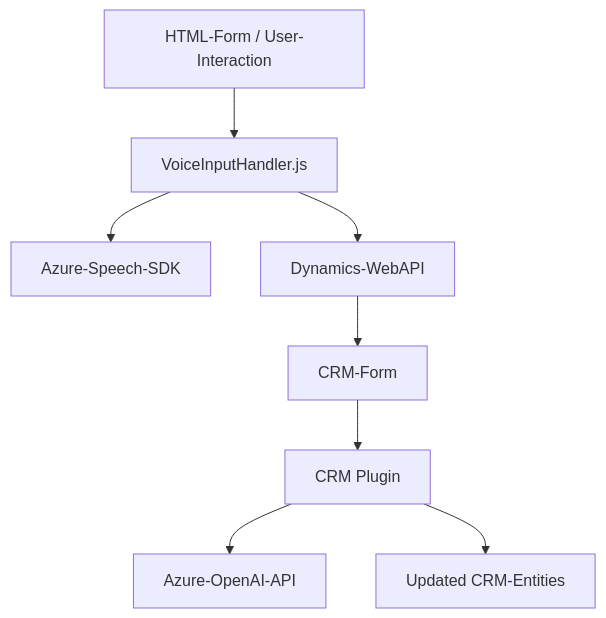
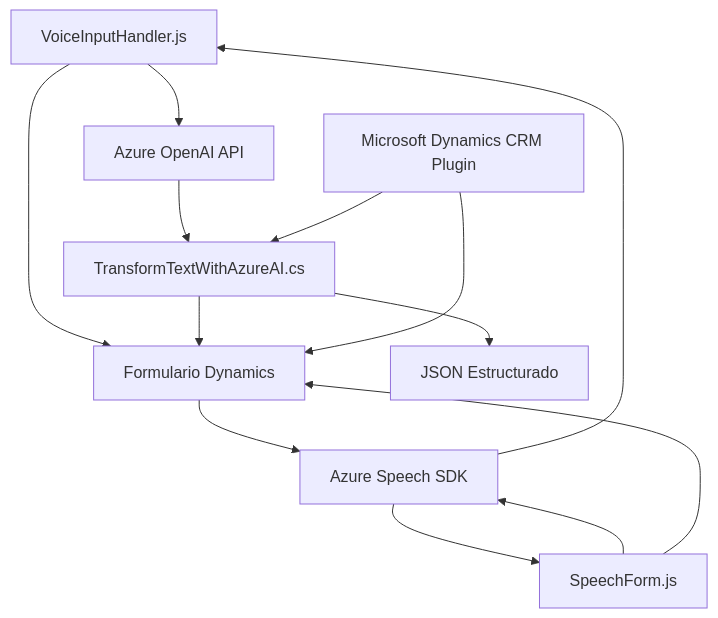
One commit to blopezdm/NETCORE_BILBAO2025 changed the diagram in README.md. Above: the diagram before and after it, drawn with Mermaid. The commit also changed other lines of this file, not shown here.

````diff
--- a/README.md
+++ b/README.md
@@ -63,11 +45,24 @@
 ```mermaid
 graph TD
-    A["HTML-Form / User-Interaction"] --> B["VoiceInputHandler.js"]
-    B["VoiceInputHandler.js"] --> C["Azure-Speech-SDK"]
-    B --> D["Dynamics-WebAPI"]
-    D --> F["CRM-Form"]
+    A["VoiceInputHandler.js"]
+    B["SpeechForm.js"]
+    C["TransformTextWithAzureAI.cs"]
+    D["Microsoft Dynamics CRM Plugin"]
+    E["Azure Speech SDK"]
+    F["Azure OpenAI API"]
+    G["Formulario Dynamics"]
+    H["JSON Estructurado"]
 
-    G["CRM Plugin (TransformTextWithAzureAI.cs)"] --> H["Azure-OpenAI-API"]
-    F --> G["CRM Plugin"]
-    G --> I["Updated CRM-Entities"]
+    A --> G
+    G --> E
+    E --> A
+    B --> E
+    E --> B
+    B --> G
+    A --> F
+    C --> G
+    F --> C
+    C --> H
+    D --> C
+    D --> G
 ```
````
